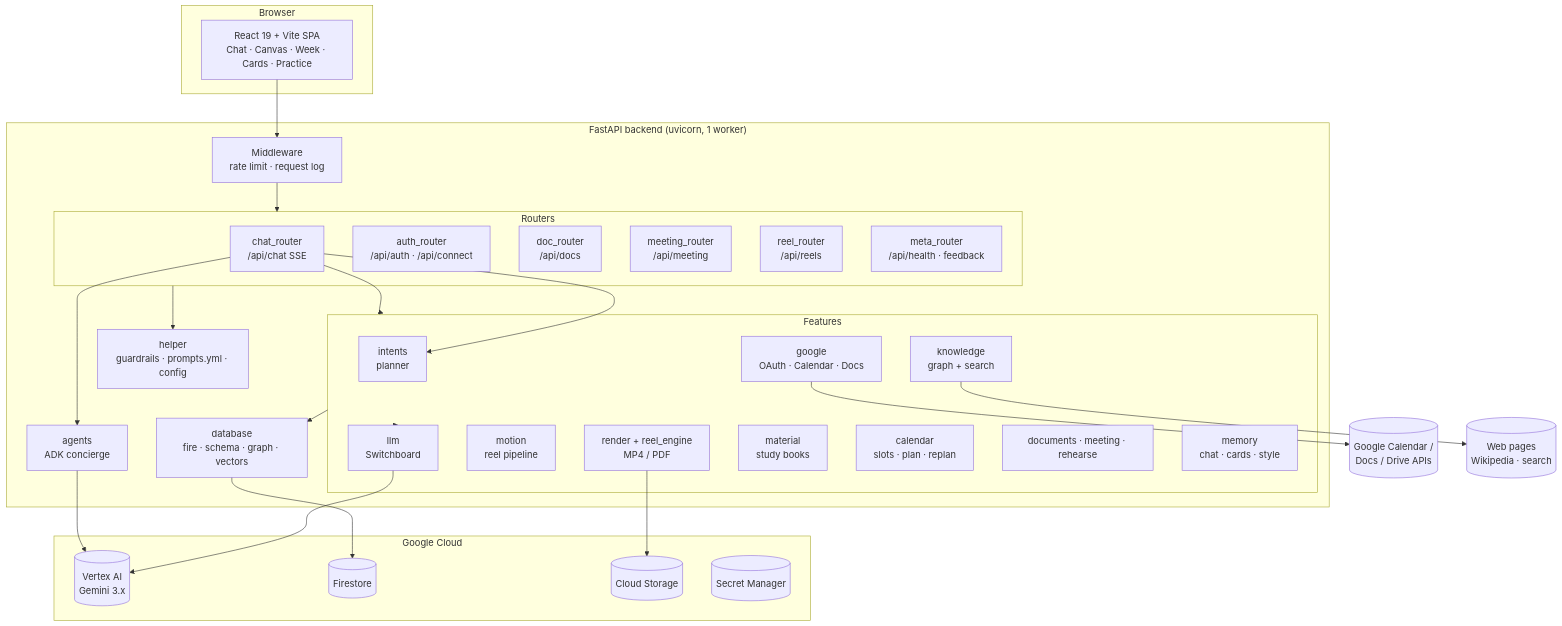
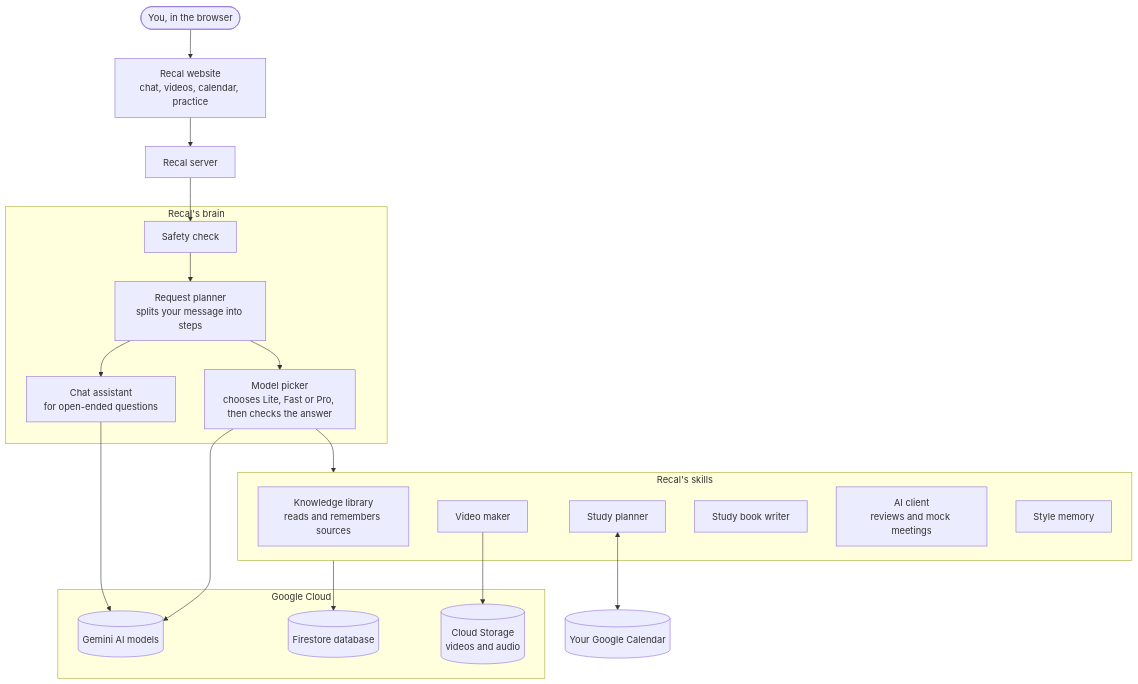
The first of 19 diagrams in docs/DOCUMENTATION.md (Chaitanya674/Recal-AI), drawn with Mermaid before and after one commit. The commit also changed other lines of this file, not shown here.

````diff
--- a/docs/DOCUMENTATION.md
+++ b/docs/DOCUMENTATION.md
@@ -64,52 +89,38 @@
 ```mermaid
 flowchart TB
-    subgraph Client["Browser"]
-        UI["React 19 + Vite SPA<br/>Chat · Canvas · Week · Cards · Practice"]
+    YOU(["You, in the browser"]) --> APP["Recal website<br/>chat, videos, calendar, practice"]
+    APP --> SERVER["Recal server"]
+
+    subgraph BRAIN["Recal's brain"]
+        SAFE["Safety check"]
+        PLAN["Request planner<br/>splits your message into steps"]
+        PICK["Model picker<br/>chooses Lite, Fast or Pro, then checks the answer"]
+        HELP["Chat assistant<br/>for open-ended questions"]
     end
 
-    subgraph Server["FastAPI backend (uvicorn, 1 worker)"]
-        MW["Middleware<br/>rate limit · request log"]
-        subgraph Routers
-            CHAT["chat_router<br/>/api/chat SSE"]
-            AUTH["auth_router<br/>/api/auth · /api/connect"]
-            DOCR["doc_router<br/>/api/docs"]
-            MEET["meeting_router<br/>/api/meeting"]
-            REEL["reel_router<br/>/api/reels"]
-            META["meta_router<br/>/api/health · feedback"]
-        end
-        subgraph Features
-            INT["intents<br/>planner"]
-            LLM["llm<br/>Switchboard"]
-            KNOW["knowledge<br/>graph + search"]
-            MOT["motion<br/>reel pipeline"]
-            REN["render + reel_engine<br/>MP4 / PDF"]
-            MAT["material<br/>study books"]
-            CAL["calendar<br/>slots · plan · replan"]
-            DOC["documents · meeting · rehearse"]
-            MEM["memory<br/>chat · cards · style"]
-            GOO["google<br/>OAuth · Calendar · Docs"]
-        end
-        AG["agents<br/>ADK concierge"]
-        HLP["helper<br/>guardrails · prompts.yml · config"]
-        DB["database<br/>fire · schema · graph · vectors"]
+    subgraph SKILLS["Recal's skills"]
+        LIB["Knowledge library<br/>reads and remembers sources"]
+        VID["Video maker"]
+        CAL["Study planner"]
+        BOOK["Study book writer"]
+        CLIENT["AI client<br/>reviews and mock meetings"]
+        STYLE["Style memory"]
     end
 
-    subgraph GCP["Google Cloud"]
-        VX[("Vertex AI<br/>Gemini 3.x")]
-        FS[("Firestore")]
-        GCS[("Cloud Storage")]
-        SM[("Secret Manager")]
+    SERVER --> SAFE --> PLAN
+    PLAN --> PICK
+    PLAN --> HELP
+    PICK --> SKILLS
+
+    subgraph GOOGLE["Google Cloud"]
+        GEM[("Gemini AI models")]
+        DB[("Firestore database")]
+        FILES[("Cloud Storage<br/>videos and audio")]
     end
-    GAPI[("Google Calendar /<br/>Docs / Drive APIs")]
-    WEB[("Web pages<br/>Wikipedia · search")]
 
-    UI --> MW --> Routers
-    CHAT --> INT & AG & Features
-    Features --> LLM --> VX
-    AG --> VX
-    Features --> DB --> FS
-    REN --> GCS
-    GOO --> GAPI
-    KNOW --> WEB
-    Routers --> HLP
+    PICK --> GEM
+    HELP --> GEM
+    SKILLS --> DB
+    VID --> FILES
+    CAL <--> GCAL[("Your Google Calendar")]
 ```
````
